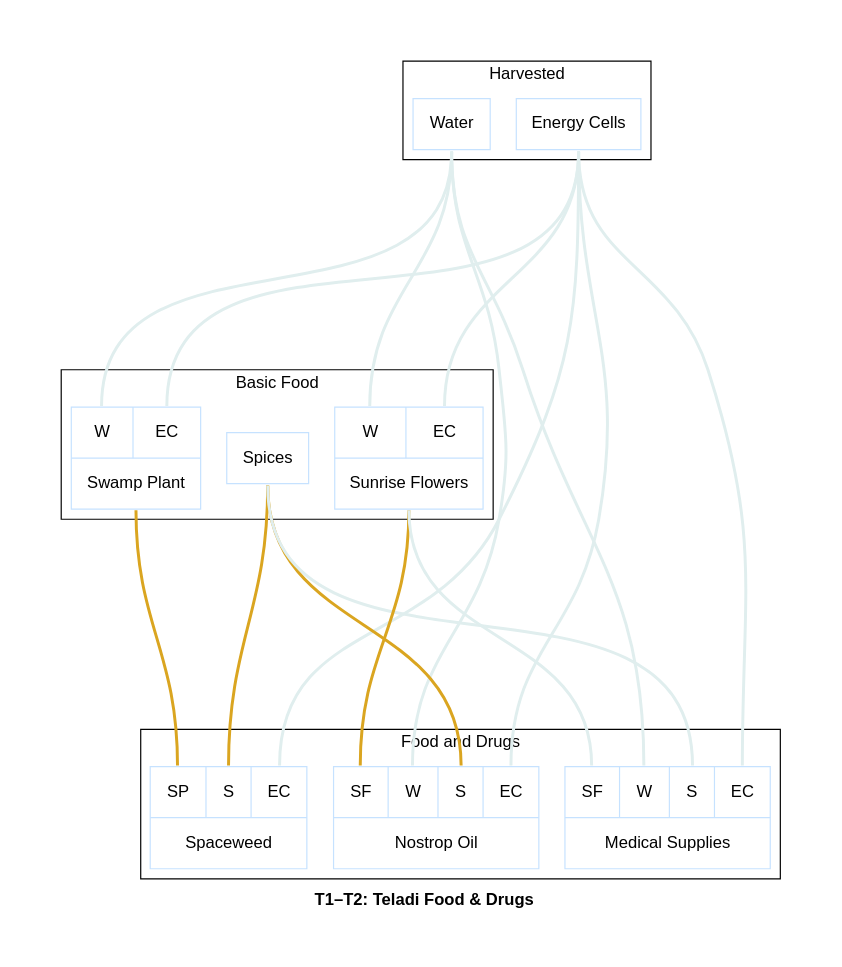
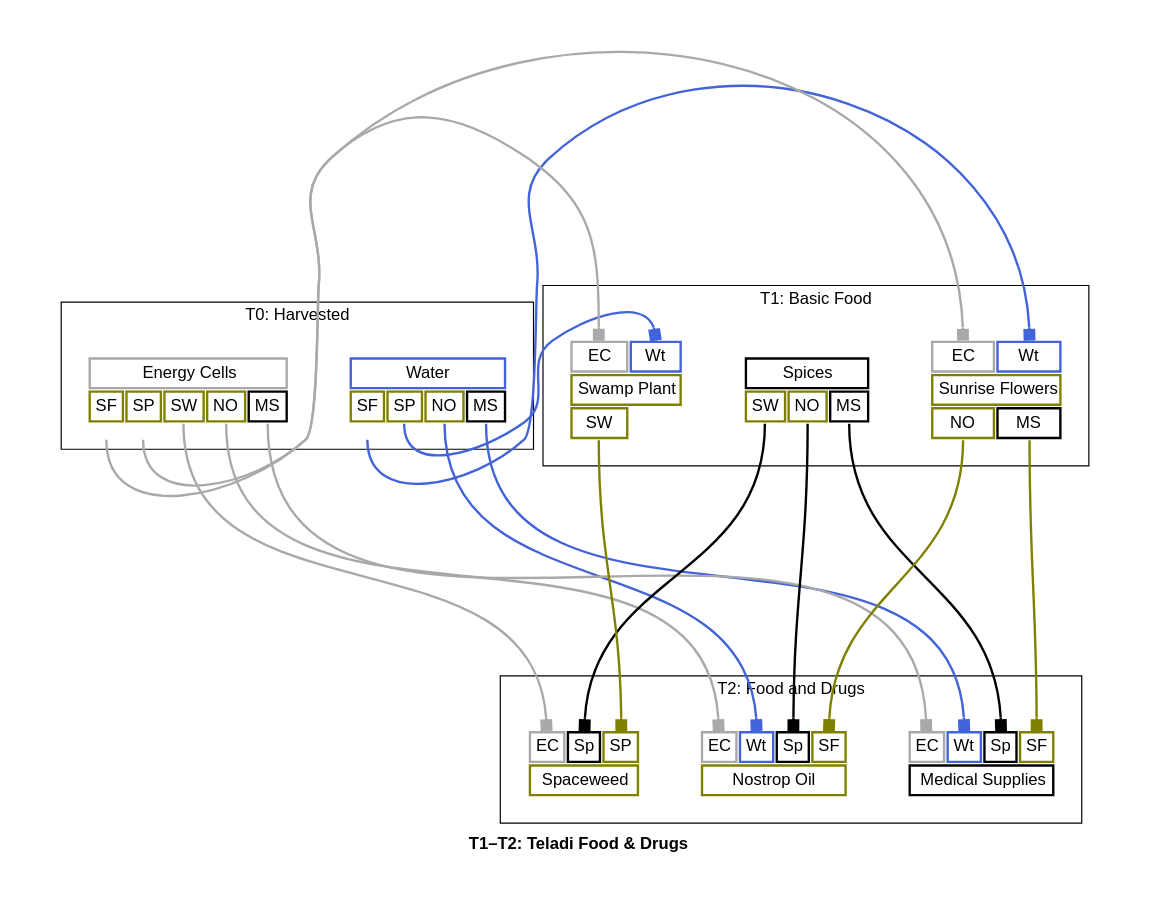
One commit to borntyping/x4-diagrams changed the diagram in docs/t1_t2_teladi_food_drugs_graph.dot. Above: the diagram before and after it, drawn with Graphviz. The commit also changed 100 other files, not shown here.

Commit message:
Add pretty colours to GraphViz graphs

```diff
--- a/docs/t1_t2_teladi_food_drugs_graph.dot
+++ b/docs/t1_t2_teladi_food_drugs_graph.dot
@@ -1,40 +1,188 @@
-graph "X4 Economy" {
+digraph "X4 Economy" {
 	edge [arrowType=normal]
 	compound=true fontname="Helvetica,Arial,sans-serif"
 	label=<<b>T1–T2: Teladi Food &amp; Drugs</b>>
 	graph [nodesep=0.3 pad=0.5 ranksep=3]
-	node [color=slategray1 fontname="Helvetica,Arial,sans-serif" margin=0.2 penwidth=1 shape=box]
-	edge [arrowhead=normal arrowtype=normal fontname="Helvetica,Arial,sans-serif" headport=n penwidth=2.5 tailport=s]
+	node [color=slategray1 fontname="Helvetica,Arial,sans-serif" margin=0.2 penwidth=2.0 shape=plaintext]
+	edge [arrowhead=normal arrowsize=1.0 fontname="Helvetica,Arial,sans-serif" headport=n penwidth=2.0 tailport=s]
 	subgraph 0 {
-		cluster=true label=Harvested
-		water [label="{<output> Water}" colour=lightsteelblue2 shape=record]
-		energy_cells [label="{<output> Energy Cells}" colour=lightsteelblue2 shape=record]
+		cluster=true label="T0: Harvested"
+		water [label=<<table border="0" cellborder="2" cellpadding="4" cellspacing="1" fixedsize="false" id="water" port="output">
+  
+  <tr>
+    <td align="text" bgcolor="white" color="#4363d8" colspan="4">Water</td>
+  </tr>
+  
+    <tr>
+      
+        <td align="text" bgcolor="white" color="#808000" port="sunrise_flowers">SF</td>
+      
+        <td align="text" bgcolor="white" color="#808000" port="swamp_plant">SP</td>
+      
+        <td align="text" bgcolor="white" color="#808000" port="nostrop_oil">NO</td>
+      
+        <td align="text" bgcolor="white" color="#000000" port="medical_supplies">MS</td>
+      
+    </tr>
+  
+</table>>]
+		energy_cells [label=<<table border="0" cellborder="2" cellpadding="4" cellspacing="1" fixedsize="false" id="energy_cells" port="output">
+  
+  <tr>
+    <td align="text" bgcolor="white" color="#a9a9a9" colspan="5">Energy Cells</td>
+  </tr>
+  
+    <tr>
+      
+        <td align="text" bgcolor="white" color="#808000" port="sunrise_flowers">SF</td>
+      
+        <td align="text" bgcolor="white" color="#808000" port="swamp_plant">SP</td>
+      
+        <td align="text" bgcolor="white" color="#808000" port="spaceweed">SW</td>
+      
+        <td align="text" bgcolor="white" color="#808000" port="nostrop_oil">NO</td>
+      
+        <td align="text" bgcolor="white" color="#000000" port="medical_supplies">MS</td>
+      
+    </tr>
+  
+</table>>]
 	}
 	subgraph 1 {
-		cluster=true label="Basic Food"
-		spices [label="{<output> Spices}" colour=lightsteelblue2 shape=record]
-		sunrise_flowers [label="{{<water> W|<energy_cells> EC}|<output> Sunrise Flowers}" colour=lightsteelblue2 shape=record]
-		swamp_plant [label="{{<water> W|<energy_cells> EC}|<output> Swamp Plant}" colour=lightsteelblue2 shape=record]
+		cluster=true label="T1: Basic Food"
+		spices [label=<<table border="0" cellborder="2" cellpadding="4" cellspacing="1" fixedsize="false" id="spices" port="output">
+  
+  <tr>
+    <td align="text" bgcolor="white" color="#000000" colspan="3">Spices</td>
+  </tr>
+  
+    <tr>
+      
+        <td align="text" bgcolor="white" color="#808000" port="spaceweed">SW</td>
+      
+        <td align="text" bgcolor="white" color="#808000" port="nostrop_oil">NO</td>
+      
+        <td align="text" bgcolor="white" color="#000000" port="medical_supplies">MS</td>
+      
+    </tr>
+  
+</table>>]
+		sunrise_flowers [label=<<table border="0" cellborder="2" cellpadding="4" cellspacing="1" fixedsize="false" id="sunrise_flowers" port="output">
+  
+    <tr>
+      
+        <td align="text" bgcolor="white" color="#a9a9a9" port="energy_cells">EC</td>
+      
+        <td align="text" bgcolor="white" color="#4363d8" port="water">Wt</td>
+      
+    </tr>
+  
+  <tr>
+    <td align="text" bgcolor="white" color="#808000" colspan="2">Sunrise Flowers</td>
+  </tr>
+  
+    <tr>
+      
+        <td align="text" bgcolor="white" color="#808000" port="nostrop_oil">NO</td>
+      
+        <td align="text" bgcolor="white" color="#000000" port="medical_supplies">MS</td>
+      
+    </tr>
+  
+</table>>]
+		swamp_plant [label=<<table border="0" cellborder="2" cellpadding="4" cellspacing="1" fixedsize="false" id="swamp_plant" port="output">
+  
+    <tr>
+      
+        <td align="text" bgcolor="white" color="#a9a9a9" port="energy_cells">EC</td>
+      
+        <td align="text" bgcolor="white" color="#4363d8" port="water">Wt</td>
+      
+    </tr>
+  
+  <tr>
+    <td align="text" bgcolor="white" color="#808000" colspan="2">Swamp Plant</td>
+  </tr>
+  
+    <tr>
+      
+        <td align="text" bgcolor="white" color="#808000" port="spaceweed">SW</td>
+      
+    </tr>
+  
+</table>>]
 	}
 	subgraph 2 {
-		cluster=true label="Food and Drugs"
-		spaceweed [label="{{<swamp_plant> SP|<spices> S|<energy_cells> EC}|<output> Spaceweed}" colour=lightsteelblue2 shape=record]
-		nostrop_oil [label="{{<sunrise_flowers> SF|<water> W|<spices> S|<energy_cells> EC}|<output> Nostrop Oil}" colour=lightsteelblue2 shape=record]
-		medical_supplies [label="{{<sunrise_flowers> SF|<water> W|<spices> S|<energy_cells> EC}|<output> Medical Supplies}" colour=lightsteelblue2 shape=record]
+		cluster=true label="T2: Food and Drugs"
+		spaceweed [label=<<table border="0" cellborder="2" cellpadding="4" cellspacing="1" fixedsize="false" id="spaceweed" port="output">
+  
+    <tr>
+      
+        <td align="text" bgcolor="white" color="#a9a9a9" port="energy_cells">EC</td>
+      
+        <td align="text" bgcolor="white" color="#000000" port="spices">Sp</td>
+      
+        <td align="text" bgcolor="white" color="#808000" port="swamp_plant">SP</td>
+      
+    </tr>
+  
+  <tr>
+    <td align="text" bgcolor="white" color="#808000" colspan="3">Spaceweed</td>
+  </tr>
+  
+</table>>]
+		nostrop_oil [label=<<table border="0" cellborder="2" cellpadding="4" cellspacing="1" fixedsize="false" id="nostrop_oil" port="output">
+  
+    <tr>
+      
+        <td align="text" bgcolor="white" color="#a9a9a9" port="energy_cells">EC</td>
+      
+        <td align="text" bgcolor="white" color="#4363d8" port="water">Wt</td>
+      
+        <td align="text" bgcolor="white" color="#000000" port="spices">Sp</td>
+      
+        <td align="text" bgcolor="white" color="#808000" port="sunrise_flowers">SF</td>
+      
+    </tr>
+  
+  <tr>
+    <td align="text" bgcolor="white" color="#808000" colspan="4">Nostrop Oil</td>
+  </tr>
+  
+</table>>]
+		medical_supplies [label=<<table border="0" cellborder="2" cellpadding="4" cellspacing="1" fixedsize="false" id="medical_supplies" port="output">
+  
+    <tr>
+      
+        <td align="text" bgcolor="white" color="#a9a9a9" port="energy_cells">EC</td>
+      
+        <td align="text" bgcolor="white" color="#4363d8" port="water">Wt</td>
+      
+        <td align="text" bgcolor="white" color="#000000" port="spices">Sp</td>
+      
+        <td align="text" bgcolor="white" color="#808000" port="sunrise_flowers">SF</td>
+      
+    </tr>
+  
+  <tr>
+    <td align="text" bgcolor="white" color="#000000" colspan="4">Medical Supplies</td>
+  </tr>
+  
+</table>>]
 	}
-	energy_cells:output:s -- sunrise_flowers:energy_cells:n [color=azure2]
-	water:output:s -- sunrise_flowers:water:n [color=azure2]
-	energy_cells:output:s -- swamp_plant:energy_cells:n [color=azure2]
-	water:output:s -- swamp_plant:water:n [color=azure2]
-	energy_cells:output:s -- spaceweed:energy_cells:n [color=azure2]
-	spices:output:s -- spaceweed:spices:n [color=goldenrod]
-	swamp_plant:output:s -- spaceweed:swamp_plant:n [color=goldenrod]
-	energy_cells:output:s -- nostrop_oil:energy_cells:n [color=azure2]
-	spices:output:s -- nostrop_oil:spices:n [color=goldenrod]
-	sunrise_flowers:output:s -- nostrop_oil:sunrise_flowers:n [color=goldenrod]
-	water:output:s -- nostrop_oil:water:n [color=azure2]
-	energy_cells:output:s -- medical_supplies:energy_cells:n [color=azure2]
-	spices:output:s -- medical_supplies:spices:n [color=azure2]
-	sunrise_flowers:output:s -- medical_supplies:sunrise_flowers:n [color=azure2]
-	water:output:s -- medical_supplies:water:n [color=azure2]
+	energy_cells:sunrise_flowers:s -> sunrise_flowers:energy_cells:n [arrowhead=box color="#a9a9a9" weight=0.1]
+	water:sunrise_flowers:s -> sunrise_flowers:water:n [arrowhead=box color="#4363d8" weight=0.1]
+	energy_cells:swamp_plant:s -> swamp_plant:energy_cells:n [arrowhead=box color="#a9a9a9" weight=0.1]
+	water:swamp_plant:s -> swamp_plant:water:n [arrowhead=box color="#4363d8" weight=0.1]
+	energy_cells:spaceweed:s -> spaceweed:energy_cells:n [arrowhead=box color="#a9a9a9" weight=0.1]
+	spices:spaceweed:s -> spaceweed:spices:n [arrowhead=box color="#000000" weight=1.0]
+	swamp_plant:spaceweed:s -> spaceweed:swamp_plant:n [arrowhead=box color="#808000" weight=1.0]
+	energy_cells:nostrop_oil:s -> nostrop_oil:energy_cells:n [arrowhead=box color="#a9a9a9" weight=0.1]
+	spices:nostrop_oil:s -> nostrop_oil:spices:n [arrowhead=box color="#000000" weight=1.0]
+	sunrise_flowers:nostrop_oil:s -> nostrop_oil:sunrise_flowers:n [arrowhead=box color="#808000" weight=1.0]
+	water:nostrop_oil:s -> nostrop_oil:water:n [arrowhead=box color="#4363d8" weight=0.1]
+	energy_cells:medical_supplies:s -> medical_supplies:energy_cells:n [arrowhead=box color="#a9a9a9" weight=0.1]
+	spices:medical_supplies:s -> medical_supplies:spices:n [arrowhead=box color="#000000" weight=1.0]
+	sunrise_flowers:medical_supplies:s -> medical_supplies:sunrise_flowers:n [arrowhead=box color="#808000" weight=1.0]
+	water:medical_supplies:s -> medical_supplies:water:n [arrowhead=box color="#4363d8" weight=0.1]
 }
```
